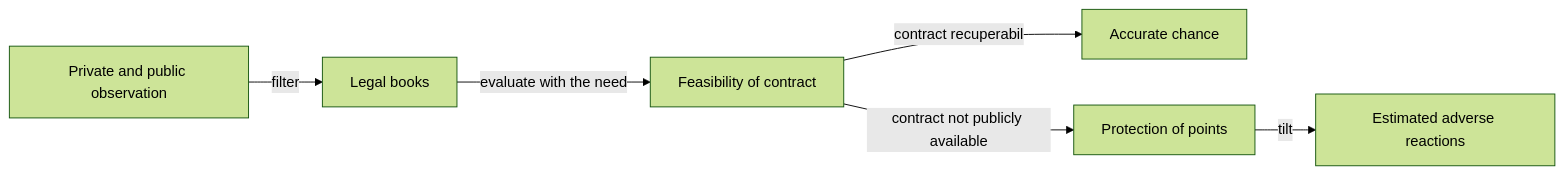
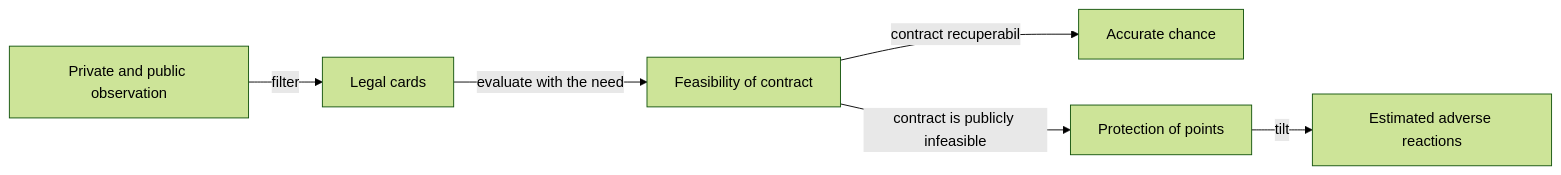
Before and after one commit to crististefanita/atf_j4: the diagram in docs/ai/ATF_ContextualPlay.md, drawn with Mermaid (forest theme). The commit also changed other lines of this file and 84 other files, not shown here.

````diff
--- a/docs/ai/ATF_ContextualPlay.md
+++ b/docs/ai/ATF_ContextualPlay.md
@@ -9,8 +9,8 @@
 ```mermaid
 flowchart LR
-    OBS[Private and public observation] -->|filter| LEGAL[Legal books]
+    OBS[Private and public observation] -->|filter| LEGAL[Legal cards]
     LEGAL -->|evaluate with the need| QUOTA[Feasibility of contract]
     QUOTA -->|contract recuperabil| EXACT[Accurate chance]
-    QUOTA -->|contract not publicly available| POINTS[Protection of points]
+    QUOTA -->|contract is publicly infeasible| POINTS[Protection of points]
     POINTS -->|tilt| RIVALS[Estimated adverse reactions]
 ```
````
